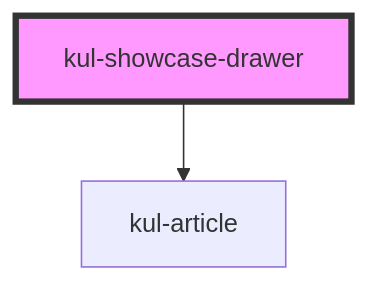
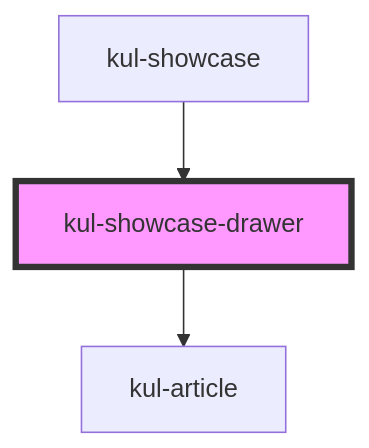
One commit to lucafoscili/ketchup-lite changed the diagram in packages/ketchup-lite/src/components/kul-showcase/components/drawer/readme.md. Above: the diagram before and after it, drawn with Mermaid. The commit also changed other lines of this file and 45 other files, not shown here.

````diff
--- a/packages/ketchup-lite/src/components/kul-showcase/components/drawer/readme.md
+++ b/packages/ketchup-lite/src/components/kul-showcase/components/drawer/readme.md
@@ -23,5 +27,6 @@
 ```mermaid
 graph TD;
   kul-showcase-drawer --> kul-article
+  kul-showcase --> kul-showcase-drawer
   style kul-showcase-drawer fill:#f9f,stroke:#333,stroke-width:4px
 ```
````
